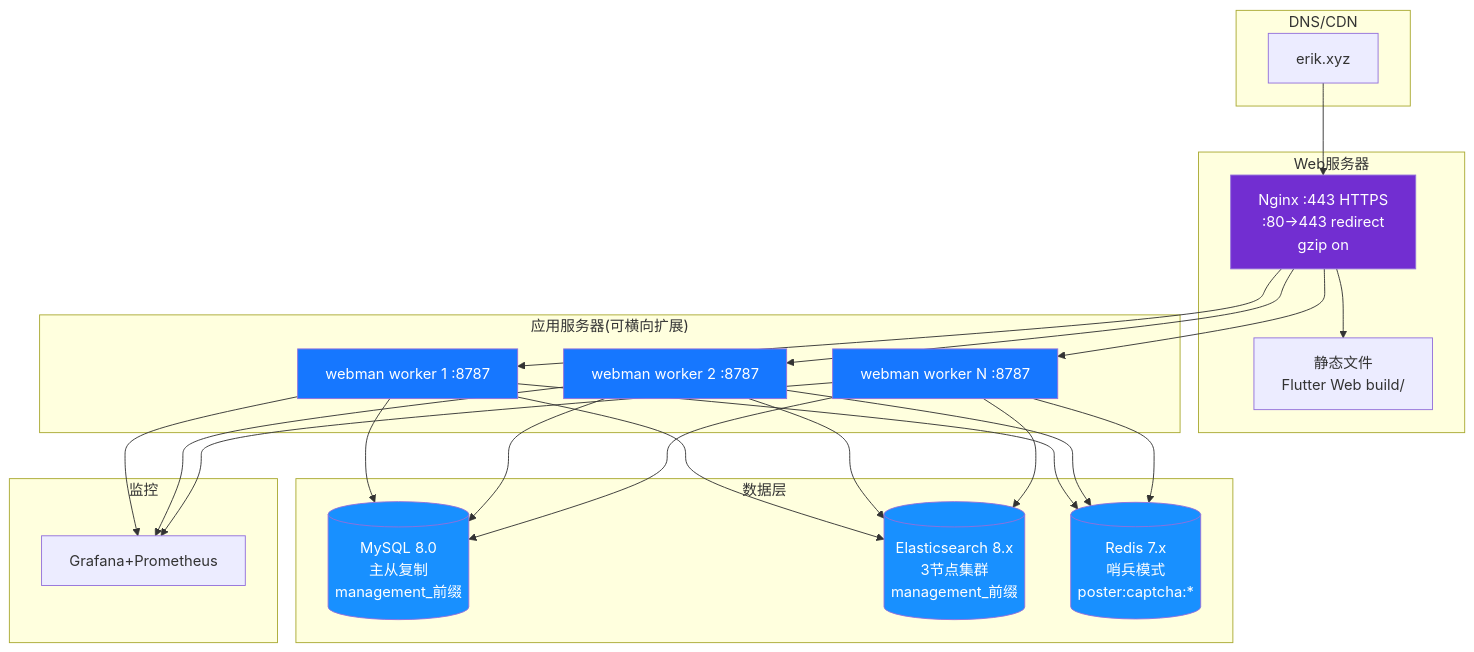
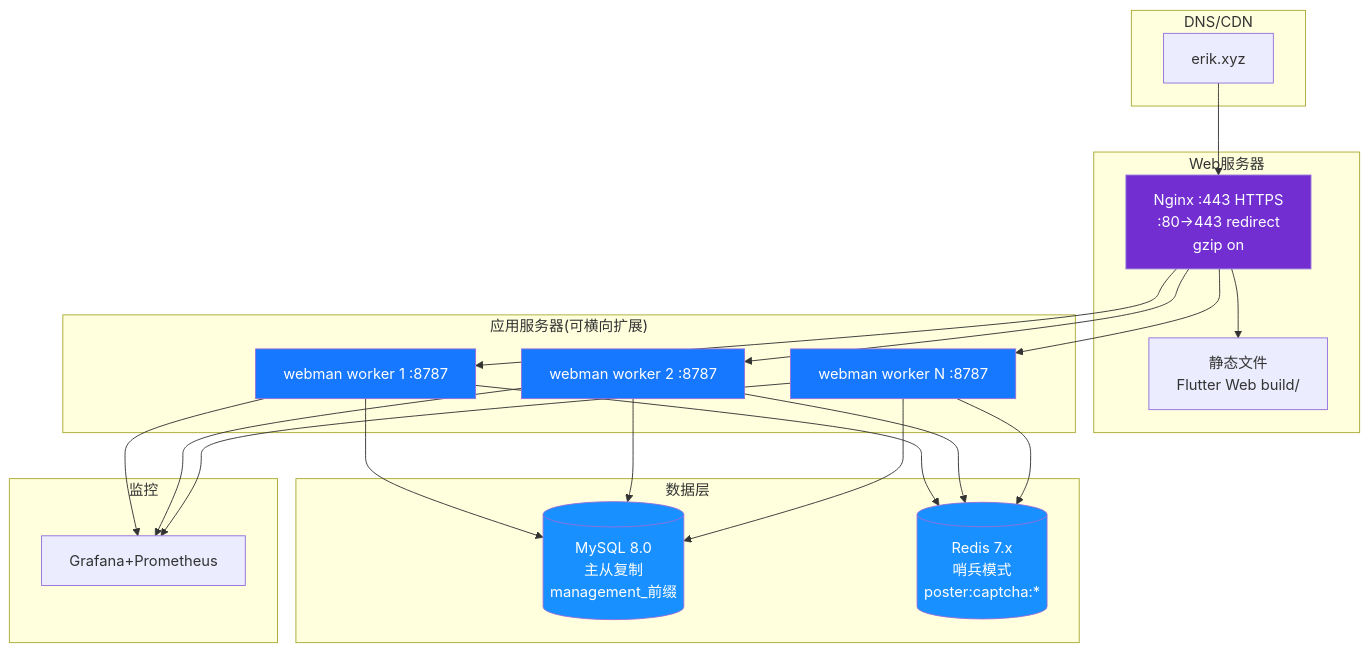
One commit to erikwang2013/property-management-platform changed the diagram in admin/docs/diagrams/12-deployment.md. Above: the diagram before and after it, drawn with Mermaid. The commit also changed other lines of this file and 261 other files, not shown here.

````diff
--- a/admin/docs/diagrams/12-deployment.md
+++ b/admin/docs/diagrams/12-deployment.md
@@ -3,45 +6,42 @@
 ```mermaid
 flowchart TB
     subgraph dns["DNS/CDN"]
         domain["erik.xyz"]
     end
 
     subgraph web["Web服务器"]
         nginx["Nginx :443 HTTPS<br/>:80→443 redirect<br/>gzip on"]
         static["静态文件<br/>Flutter Web build/"]
     end
 
     subgraph app["应用服务器(可横向扩展)"]
         wm1["webman worker 1 :8787"]
         wm2["webman worker 2 :8787"]
         wm3["webman worker N :8787"]
     end
 
     subgraph data["数据层"]
         mysql[("MySQL 8.0<br/>主从复制<br/>management_前缀")]
-        es[("Elasticsearch 8.x<br/>3节点集群<br/>management_前缀")]
         redis[("Redis 7.x<br/>哨兵模式<br/>poster:captcha:*")]
     end
 
     subgraph monitor["监控"]
         grafana["Grafana+Prometheus"]
     end
 
     domain --> nginx
     nginx --> static
     nginx --> wm1
     nginx --> wm2
     nginx --> wm3
     wm1 & wm2 & wm3 --> mysql
-    wm1 & wm2 & wm3 --> es
     wm1 & wm2 & wm3 --> redis
     wm1 & wm2 & wm3 --> grafana
 
     style nginx fill:#722ED1,color:#fff
     style wm1 fill:#1677FF,color:#fff
     style wm2 fill:#1677FF,color:#fff
     style wm3 fill:#1677FF,color:#fff
     style mysql fill:#1890FF,color:#fff
-    style es fill:#1890FF,color:#fff
     style redis fill:#1890FF,color:#fff
 ```
````
